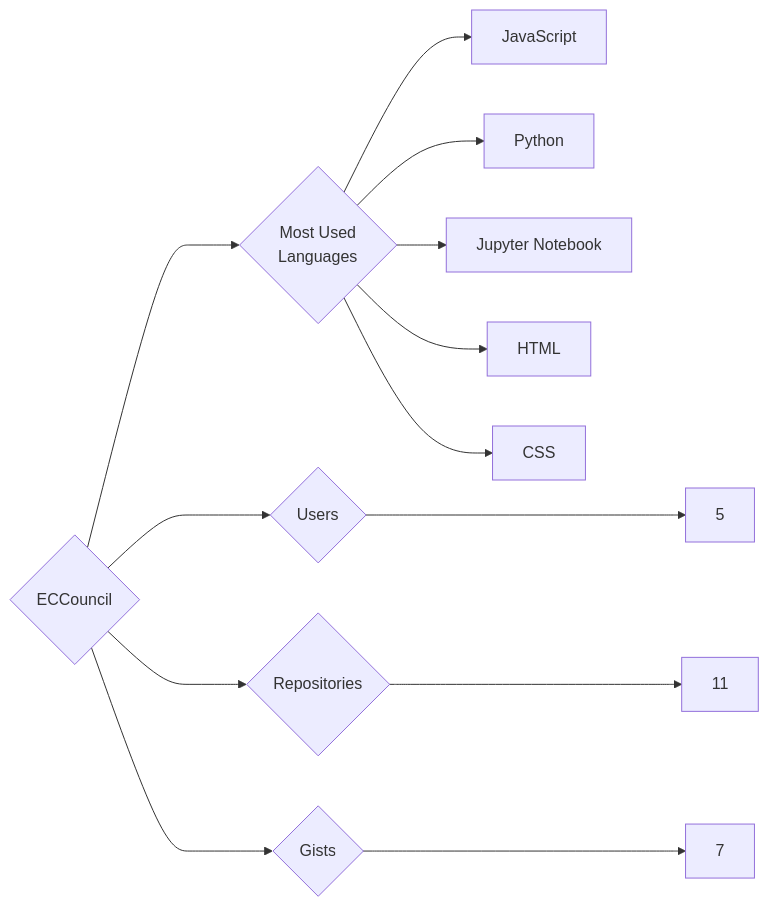
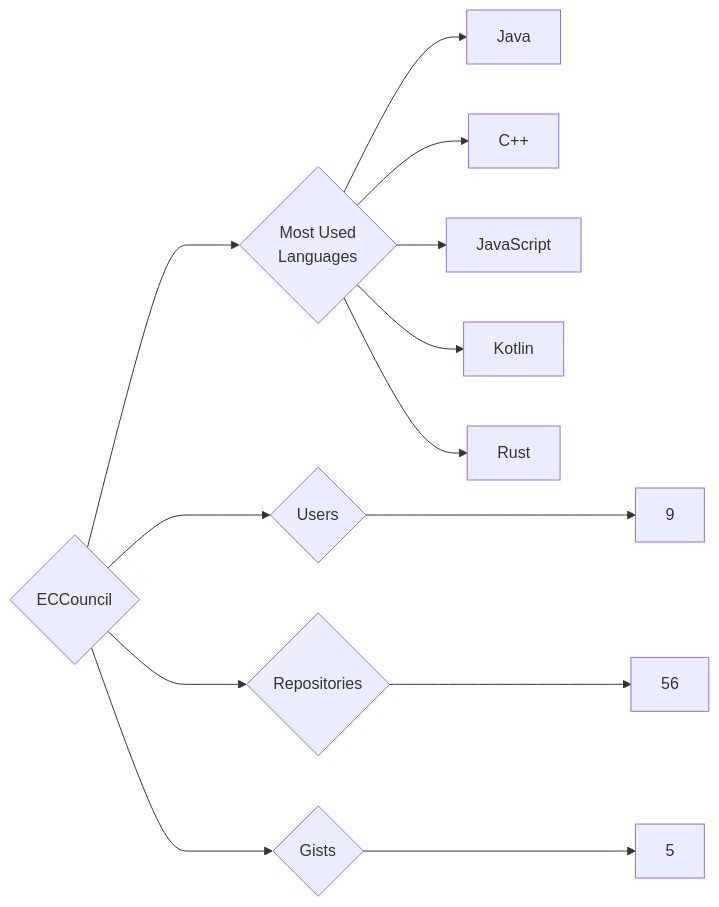
One commit to trickest/insiders changed the diagram in targets/ECCouncil/README.md. Above: the diagram before and after it, drawn with Mermaid. The commit also changed 1195 other files, not shown here.

````diff
--- a/targets/ECCouncil/README.md
+++ b/targets/ECCouncil/README.md
@@ -3,13 +3,13 @@
 ```mermaid
 graph LR
 COMPANY_NAME{ECCouncil}
-COMPANY_NAME ---> U{Users} ---> UN[5]
-COMPANY_NAME ---> R{Repositories} ---> RN[11]
-COMPANY_NAME ---> G{Gists} ---> GN[7]
+COMPANY_NAME ---> U{Users} ---> UN[9]
+COMPANY_NAME ---> R{Repositories} ---> RN[56]
+COMPANY_NAME ---> G{Gists} ---> GN[5]
 COMPANY_NAME ---> ML{Most Used<br>Languages}
+ML --> Java[Java]
+ML --> C++[C++]
 ML --> JavaScript[JavaScript]
-ML --> Python[Python]
-ML --> Jupyter_Notebook[Jupyter Notebook]
-ML --> HTML[HTML]
-ML --> CSS[CSS]
+ML --> Kotlin[Kotlin]
+ML --> Rust[Rust]
 ```
````
